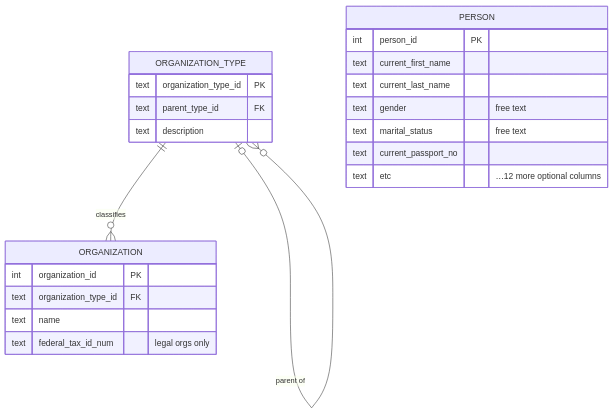
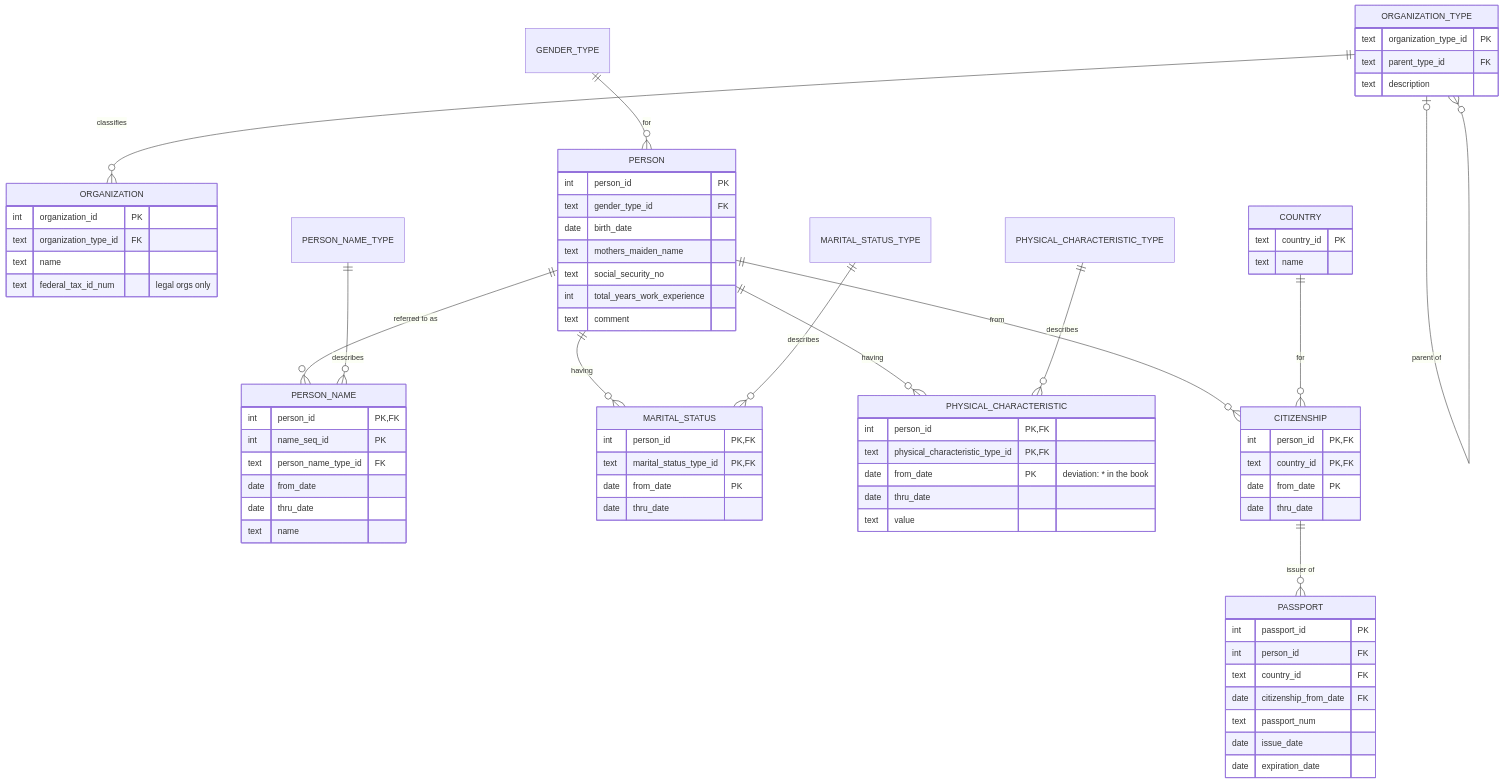
Before and after one commit to mauricioaznar/data-modelling-patterns: the diagram in volumes/v1-all-enterprises/02-people-and-organizations/diagram.md, drawn with Mermaid. The commit also changed other lines of this file and 7 other files, not shown here.

First line of the commit message:
Vol 1 Ch 2: Fig 2.2b Person alternate model

````diff
--- a/volumes/v1-all-enterprises/02-people-and-organizations/diagram.md
+++ b/volumes/v1-all-enterprises/02-people-and-organizations/diagram.md
@@ -5,26 +6,79 @@
 ```mermaid
 erDiagram
+  %% Fig 2.1 — Organization
   ORGANIZATION_TYPE |o--o{ ORGANIZATION_TYPE : "parent of"
   ORGANIZATION_TYPE ||--o{ ORGANIZATION : "classifies"
+
+  %% Fig 2.2b — Person, alternate model
+  GENDER_TYPE                  ||--o{ PERSON                  : "for"
+  PERSON                       ||--o{ PERSON_NAME             : "referred to as"
+  PERSON_NAME_TYPE             ||--o{ PERSON_NAME             : "describes"
+  PERSON                       ||--o{ MARITAL_STATUS          : "having"
+  MARITAL_STATUS_TYPE          ||--o{ MARITAL_STATUS          : "describes"
+  PERSON                       ||--o{ PHYSICAL_CHARACTERISTIC : "having"
+  PHYSICAL_CHARACTERISTIC_TYPE ||--o{ PHYSICAL_CHARACTERISTIC : "describes"
+  PERSON                       ||--o{ CITIZENSHIP             : "from"
+  COUNTRY                      ||--o{ CITIZENSHIP             : "for"
+  CITIZENSHIP                  ||--o{ PASSPORT                : "issuer of"
 
   ORGANIZATION_TYPE {
     text organization_type_id PK
     text parent_type_id FK
     text description
   }
   ORGANIZATION {
     int  organization_id PK
     text organization_type_id FK
     text name
     text federal_tax_id_num "legal orgs only"
   }
   PERSON {
     int  person_id PK
-    text current_first_name
-    text current_last_name
-    text gender "free text"
-    text marital_status "free text"
-    text current_passport_no
-    text etc "…12 more optional columns"
+    text gender_type_id FK
+    date birth_date
+    text mothers_maiden_name
+    text social_security_no
+    int  total_years_work_experience
+    text comment
+  }
+  PERSON_NAME {
+    int  person_id PK, FK
+    int  name_seq_id PK
+    text person_name_type_id FK
+    date from_date
+    date thru_date
+    text name
+  }
+  MARITAL_STATUS {
+    int  person_id PK, FK
+    text marital_status_type_id PK, FK
+    date from_date PK
+    date thru_date
+  }
+  PHYSICAL_CHARACTERISTIC {
+    int  person_id PK, FK
+    text physical_characteristic_type_id PK, FK
+    date from_date PK "deviation: * in the book"
+    date thru_date
+    text value
+  }
+  CITIZENSHIP {
+    int  person_id PK, FK
+    text country_id PK, FK
+    date from_date PK
+    date thru_date
+  }
+  PASSPORT {
+    int  passport_id PK
+    int  person_id FK
+    text country_id FK
+    date citizenship_from_date FK
+    text passport_num
+    date issue_date
+    date expiration_date
+  }
+  COUNTRY {
+    text country_id PK
+    text name
   }
 ```
````
